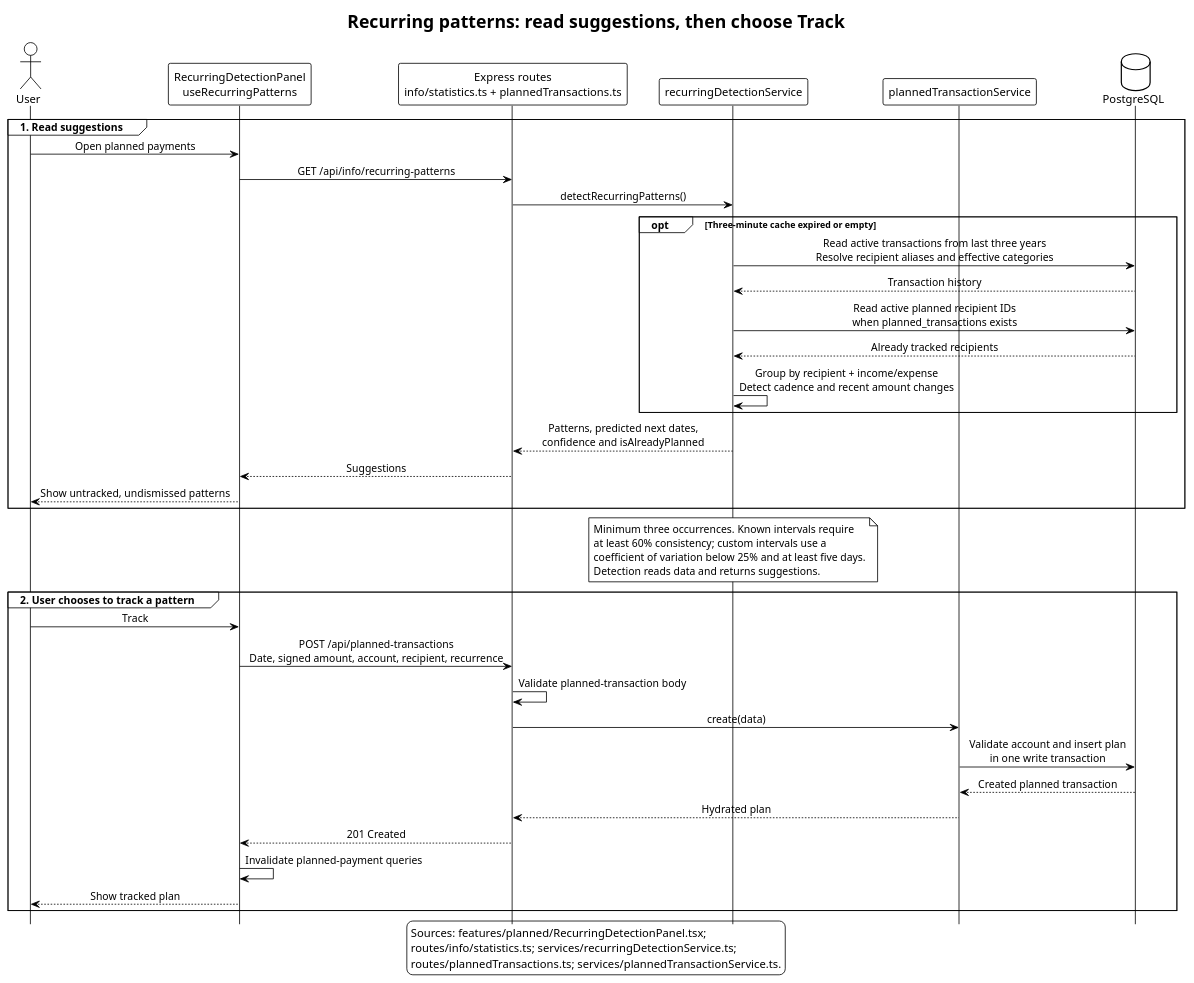
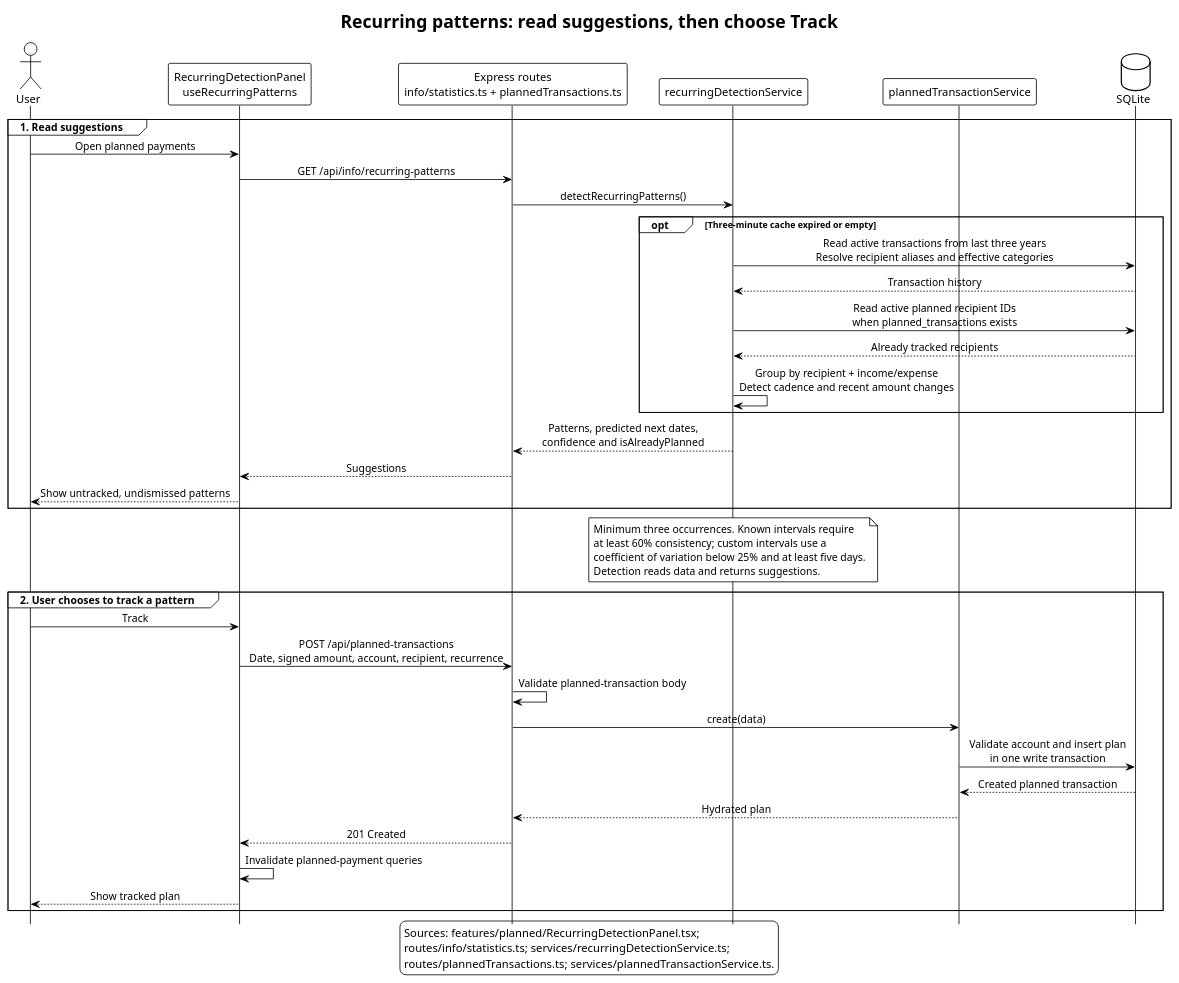
Before and after one commit to EraPartner/Vision: the diagram in docs/diagrams/recurring-detection-flow.puml, drawn with PlantUML. The commit also changed 209 other files, not shown here.

```diff
--- a/docs/diagrams/recurring-detection-flow.puml
+++ b/docs/diagrams/recurring-detection-flow.puml
@@ -1,58 +1,58 @@
 @startuml recurring-detection-flow
 title Recurring patterns: read suggestions, then choose Track
 
 !theme plain
 hide footbox
 skinparam participantPadding 15
 skinparam sequenceMessageAlign center
 
 actor User
 participant "RecurringDetectionPanel\nuseRecurringPatterns" as Panel
 participant "Express routes\ninfo/statistics.ts + plannedTransactions.ts" as Routes
 participant "recurringDetectionService" as Detection
 participant "plannedTransactionService" as Planned
-database PostgreSQL as DB
+database SQLite as DB
 
 group 1. Read suggestions
   User -> Panel : Open planned payments
   Panel -> Routes : GET /api/info/recurring-patterns
   Routes -> Detection : detectRecurringPatterns()
   opt Three-minute cache expired or empty
     Detection -> DB : Read active transactions from last three years\nResolve recipient aliases and effective categories
     DB --> Detection : Transaction history
     Detection -> DB : Read active planned recipient IDs\nwhen planned_transactions exists
     DB --> Detection : Already tracked recipients
     Detection -> Detection : Group by recipient + income/expense\nDetect cadence and recent amount changes
   end
   Detection --> Routes : Patterns, predicted next dates,\nconfidence and isAlreadyPlanned
   Routes --> Panel : Suggestions
   Panel --> User : Show untracked, undismissed patterns
 end
 
 note over Detection
   Minimum three occurrences. Known intervals require
   at least 60% consistency; custom intervals use a
   coefficient of variation below 25% and at least five days.
   Detection reads data and returns suggestions.
 end note
 
 group 2. User chooses to track a pattern
   User -> Panel : Track
   Panel -> Routes : POST /api/planned-transactions\nDate, signed amount, account, recipient, recurrence
   Routes -> Routes : Validate planned-transaction body
   Routes -> Planned : create(data)
   Planned -> DB : Validate account and insert plan\nin one write transaction
   DB --> Planned : Created planned transaction
   Planned --> Routes : Hydrated plan
   Routes --> Panel : 201 Created
   Panel -> Panel : Invalidate planned-payment queries
   Panel --> User : Show tracked plan
 end
 
 legend bottom
   Sources: features/planned/RecurringDetectionPanel.tsx;
   routes/info/statistics.ts; services/recurringDetectionService.ts;
   routes/plannedTransactions.ts; services/plannedTransactionService.ts.
 endlegend
 
 @enduml
```
